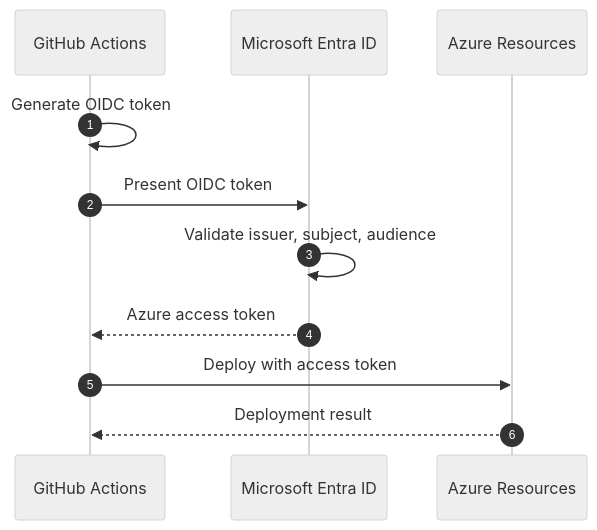
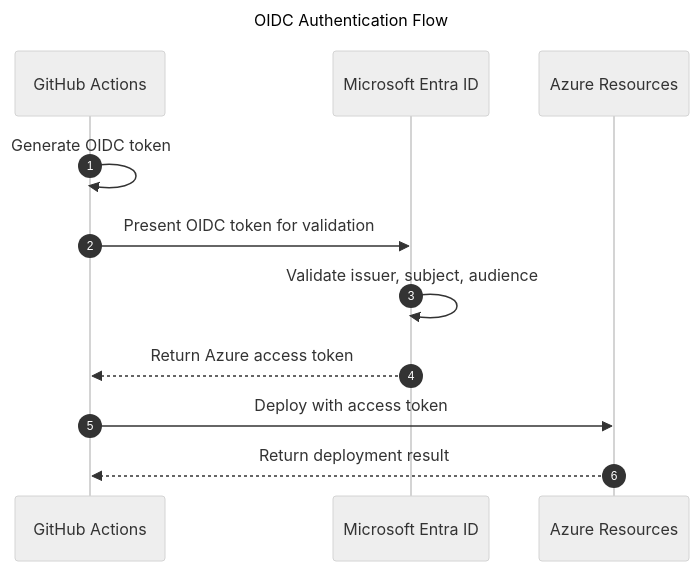
Before and after one commit to Evilazaro/Azure-LogicApps-Monitoring: the fifth of 6 diagrams in docs/architecture/07-deployment-architecture.md, drawn with Mermaid (neutral theme). The commit also changed other lines of this file, not shown here.

Commit message:
docs: Enhance mermaid diagrams in deployment architecture with titles and improved styling for better clarity and organization

````diff
--- a/docs/architecture/07-deployment-architecture.md
+++ b/docs/architecture/07-deployment-architecture.md
@@ -375,15 +433,26 @@
 ```mermaid
+---
+title: OIDC Authentication Flow
+---
 sequenceDiagram
-    %% Workload Identity Federation - OIDC authentication flow for GitHub Actions
+    %% ===== WORKLOAD IDENTITY FEDERATION =====
+    %% OIDC authentication flow for GitHub Actions
     autonumber
+
+    %% ===== PARTICIPANTS =====
     participant GH as GitHub Actions
     participant Entra as Microsoft Entra ID
     participant Azure as Azure Resources
 
+    %% ===== TOKEN GENERATION =====
     GH->>GH: Generate OIDC token
-    GH->>Entra: Present OIDC token
+
+    %% ===== TOKEN VALIDATION =====
+    GH->>Entra: Present OIDC token for validation
     Entra->>Entra: Validate issuer, subject, audience
-    Entra-->>GH: Azure access token
+    Entra-->>GH: Return Azure access token
+
+    %% ===== DEPLOYMENT =====
     GH->>Azure: Deploy with access token
-    Azure-->>GH: Deployment result
+    Azure-->>GH: Return deployment result
 ```
````
